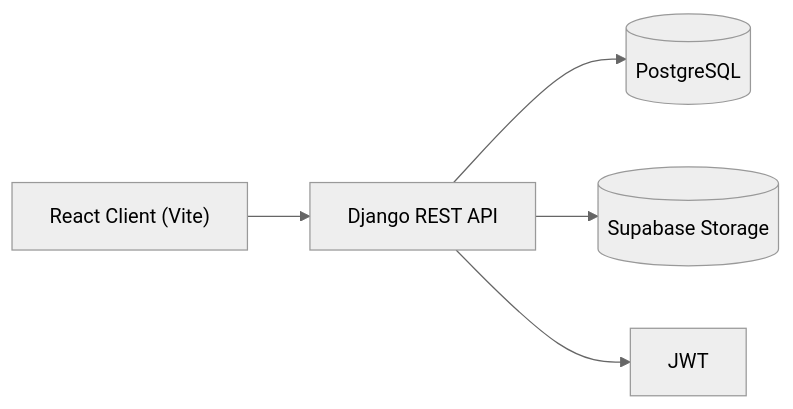
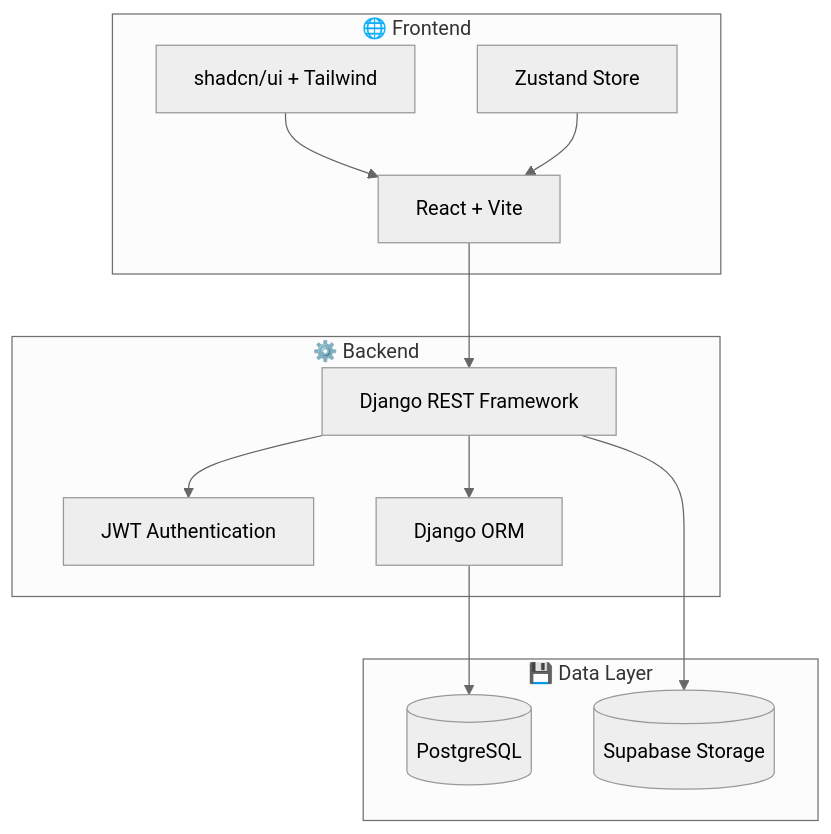
The first of 4 diagrams in README.md (jiaamasum/crowdfunding-trading-platform-ctr), drawn with Mermaid (neutral theme) before and after one commit. The commit also changed other lines of this file and 4 other files, not shown here.

````diff
--- a/README.md
+++ b/README.md
@@ -109,7 +146,27 @@
 ```mermaid
-flowchart LR
-  UI["React Client (Vite)"] --> API[Django REST API]
-  API --> DB[(PostgreSQL)]
-  API --> Storage[(Supabase Storage)]
-  API --> Auth[JWT]
+flowchart TB
+    subgraph Client["🌐 Frontend"]
+        React["React + Vite"]
+        UI["shadcn/ui + Tailwind"]
+        State["Zustand Store"]
+    end
+    
+    subgraph Server["⚙️ Backend"]
+        Django["Django REST Framework"]
+        Auth["JWT Authentication"]
+        ORM["Django ORM"]
+    end
+    
+    subgraph Data["💾 Data Layer"]
+        DB[(PostgreSQL)]
+        Storage[(Supabase Storage)]
+    end
+    
+    React --> Django
+    UI --> React
+    State --> React
+    Django --> Auth
+    Django --> ORM
+    ORM --> DB
+    Django --> Storage
 ```
````
